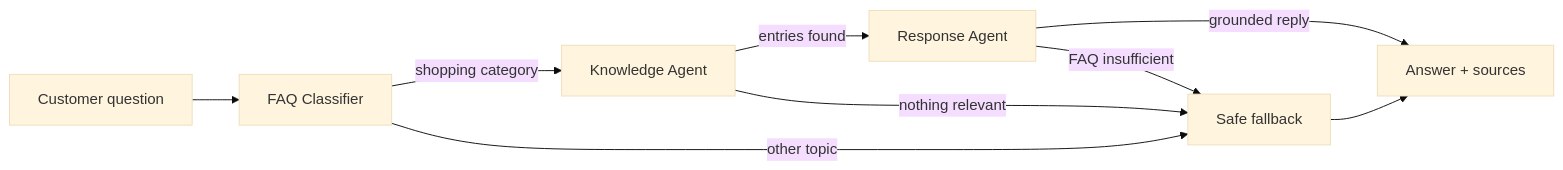
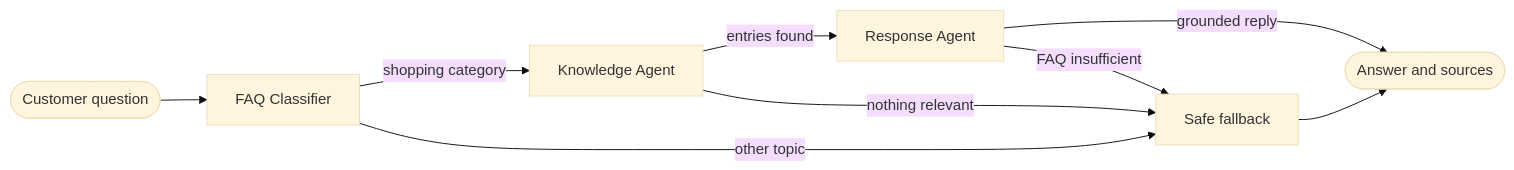
Before and after one commit to scientistayat-engineer/agentflow-faq-assistant: the first of 2 diagrams in README.md, drawn with Mermaid (base theme). The commit also changed other lines of this file, not shown here.

````diff
--- a/README.md
+++ b/README.md
@@ -57,11 +109,11 @@
 ```mermaid
 flowchart LR
-    U[Customer question] --> C[FAQ Classifier]
+    U([Customer question]) --> C[FAQ Classifier]
     C -->|shopping category| K[Knowledge Agent]
     C -->|other topic| F[Safe fallback]
     K -->|entries found| R[Response Agent]
     K -->|nothing relevant| F
-    R -->|grounded reply| A[Answer + sources]
+    R -->|grounded reply| A([Answer and sources])
     R -->|FAQ insufficient| F
     F --> A
 ```
````
